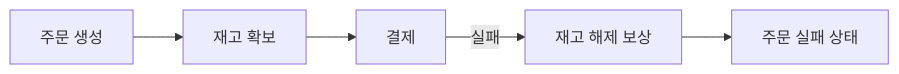
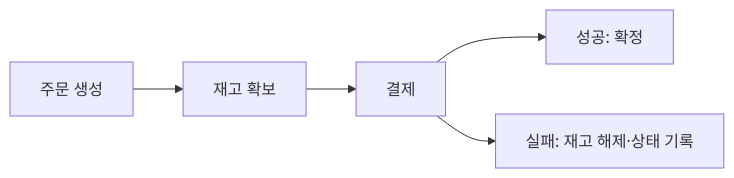
One commit to moocongpapa/it-study changed the diagram in content/topics/saga-transactions.md. Above: the diagram before and after it, drawn with Mermaid. The commit also changed other lines of this file and 71 other files, not shown here.

````diff
--- a/content/topics/saga-transactions.md
+++ b/content/topics/saga-transactions.md
@@ -6,5 +20,6 @@
 ```mermaid
 flowchart LR
-  A["주문 생성"] --> B["재고 확보"] --> C["결제"]
-  C -->|"실패"| D["재고 해제 보상"] --> E["주문 실패 상태"]
+ A["주문 생성"] --> B["재고 확보"] --> C["결제"]
+ C --> D["성공: 확정"]
+ C --> E["실패: 재고 해제·상태 기록"]
 ```
````
